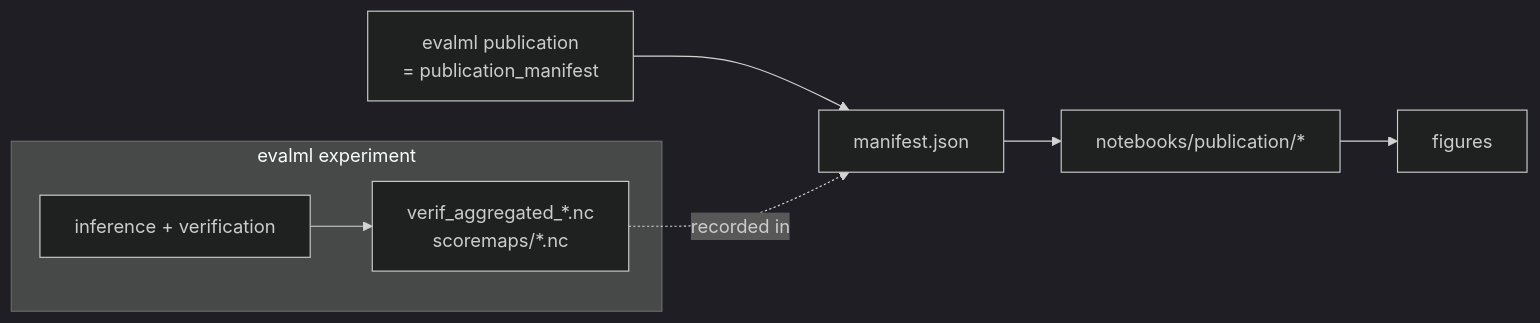
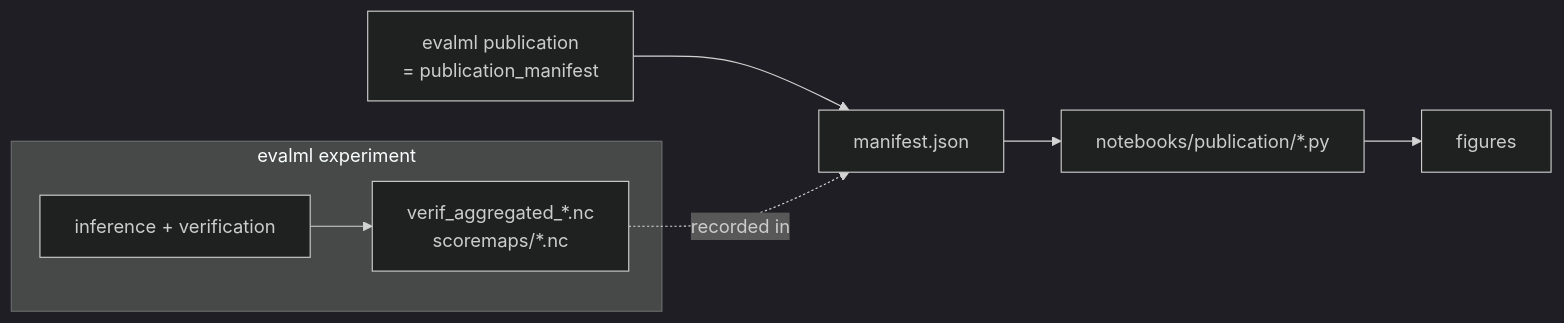
Before and after one commit to MeteoSwiss/evalml: the second of 2 diagrams in docs/publication_figures.md, drawn with Mermaid (dark theme). The commit also changed other lines of this file and 9 other files, not shown here.

````diff
--- a/docs/publication_figures.md
+++ b/docs/publication_figures.md
@@ -199,9 +199,9 @@
 ```mermaid
 flowchart LR
     subgraph exp["evalml experiment"]
         A["inference + verification"] --> C["verif_aggregated_*.nc<br/>scoremaps/*.nc"]
     end
     M["evalml publication<br/>= publication_manifest"] --> MAN["manifest.json"]
     C -. recorded in .-> MAN
-    MAN --> NB["notebooks/publication/*"] --> F["figures"]
+    MAN --> NB["notebooks/publication/*.py"] --> F["figures"]
 ```
````
